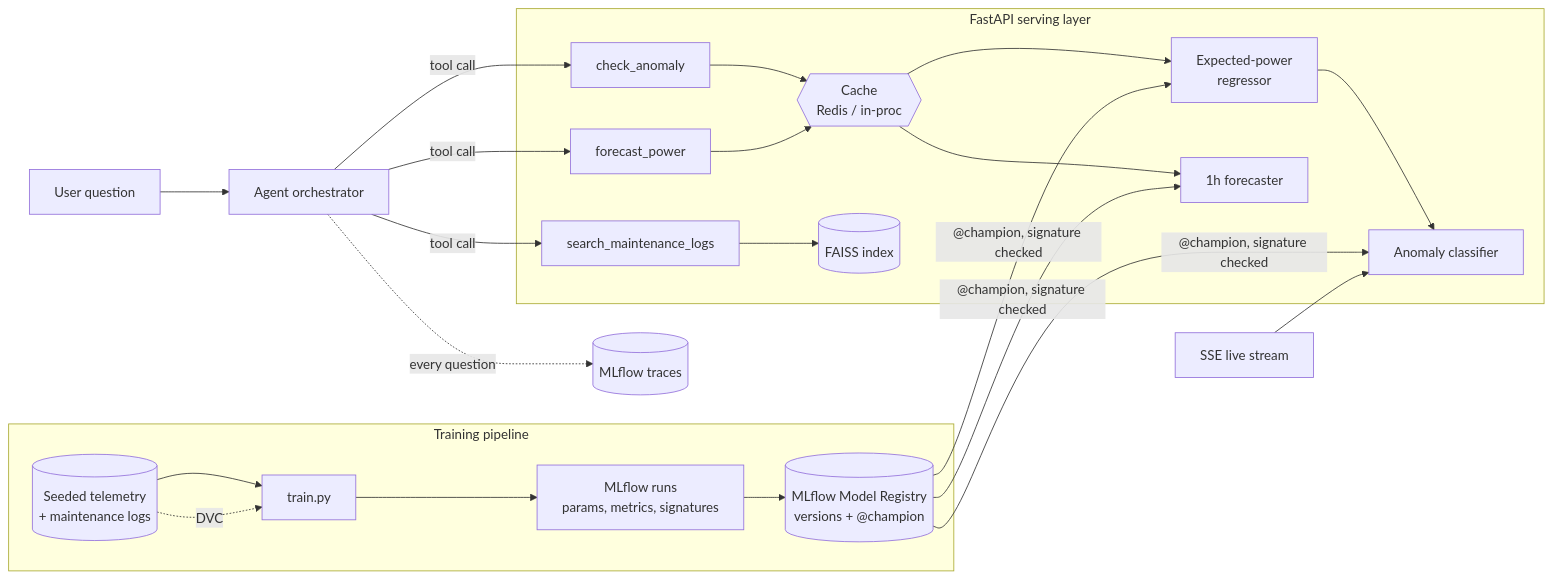
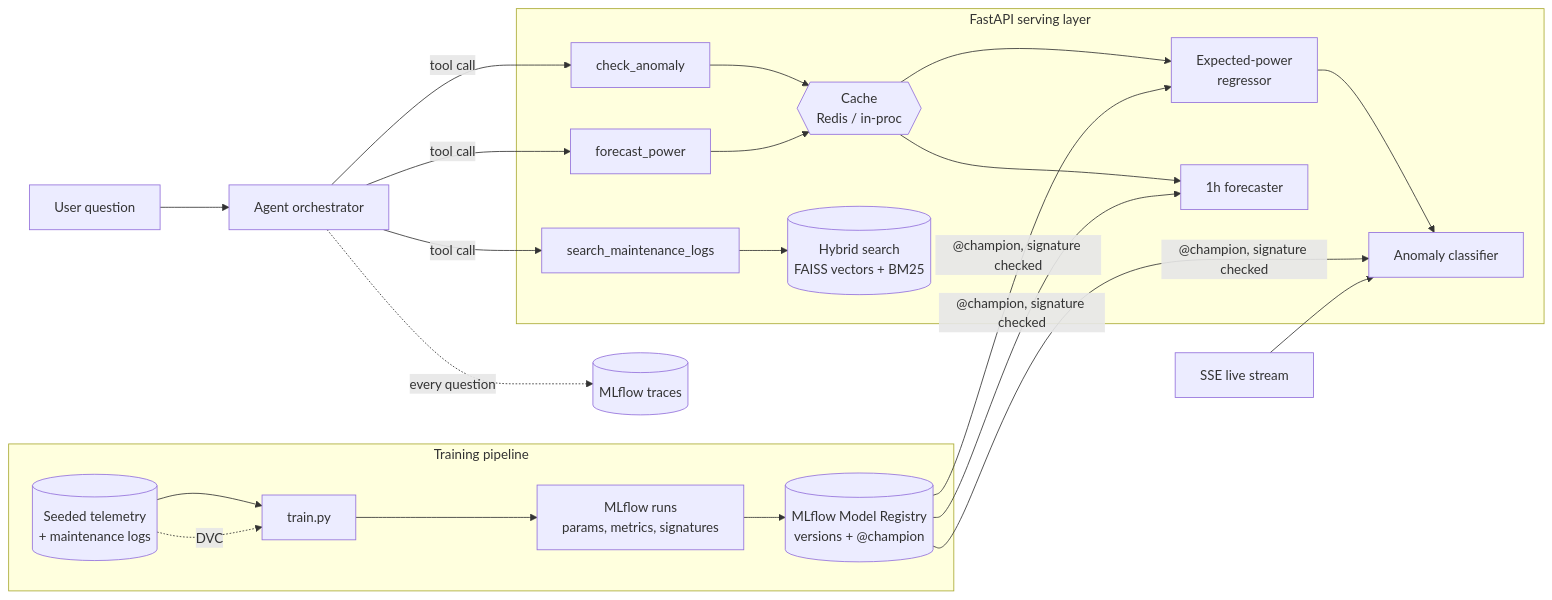
The diagram in README.md (aplemenos/plantpulse), drawn with Mermaid before and after one commit. The commit also changed other lines of this file and 24 other files, not shown here.

First line of the commit message:
Improve RAG: hybrid search, bge embeddings, citations and retrieval eval

````diff
--- a/README.md
+++ b/README.md
@@ -15,27 +15,27 @@
 ```mermaid
 flowchart LR
     Q[User question] --> AG[Agent orchestrator]
     AG -->|tool call| AN[check_anomaly]
     AG -->|tool call| FC[forecast_power]
     AG -->|tool call| VS[search_maintenance_logs]
 
     subgraph Serving [FastAPI serving layer]
       AN --> C{{Cache<br/>Redis / in-proc}}
       FC --> C
       C --> EP[Expected-power<br/>regressor]
       EP --> AD[Anomaly classifier]
       C --> F1[1h forecaster]
-      VS --> IDX[(FAISS index)]
+      VS --> IDX[(Hybrid search<br/>FAISS vectors + BM25)]
     end
 
     subgraph Offline [Training pipeline]
       D[(Seeded telemetry<br/>+ maintenance logs)] --> T[train.py]
       T --> ML[MLflow runs<br/>params, metrics, signatures]
       ML --> R[(MLflow Model Registry<br/>versions + @champion)]
       D -. DVC .-> T
     end
 
     R -->|"@champion, signature checked"| EP & AD & F1
     SSE[SSE live stream] --> AD
     AG -. every question .-> TR[(MLflow traces)]
 ```
````
